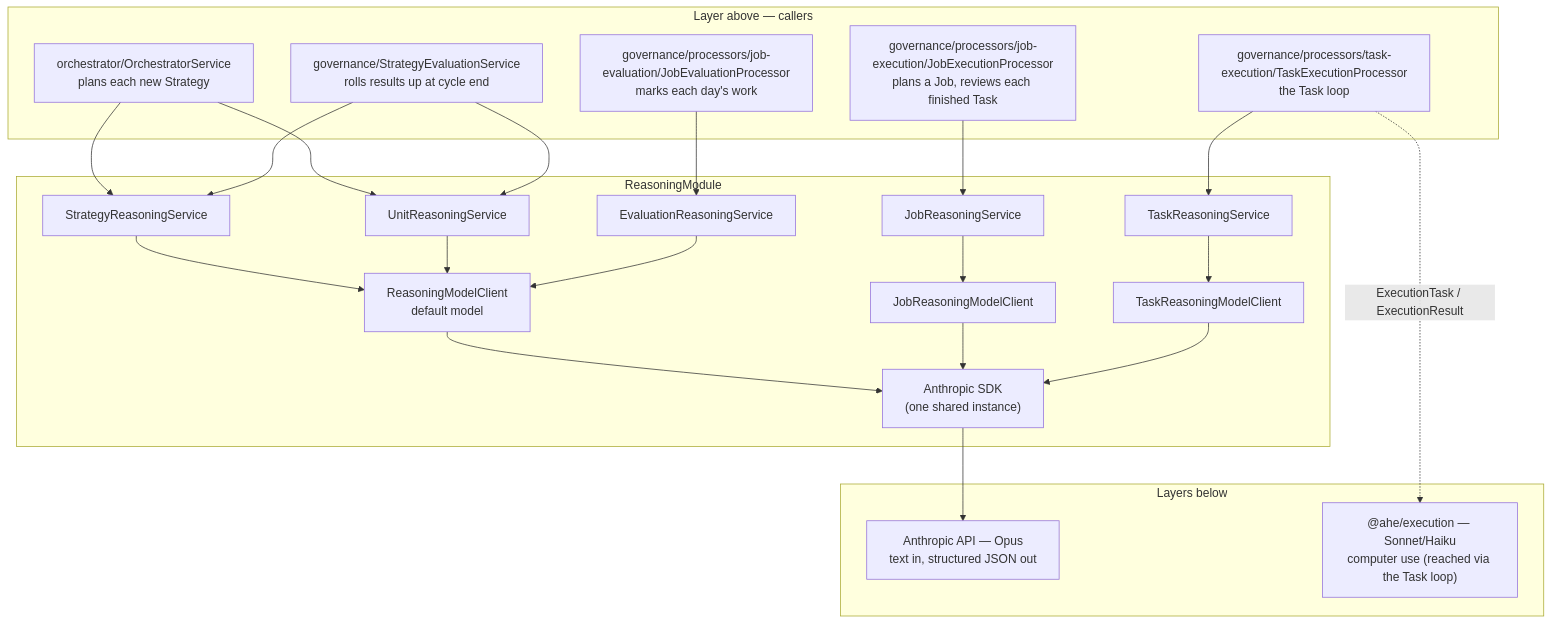
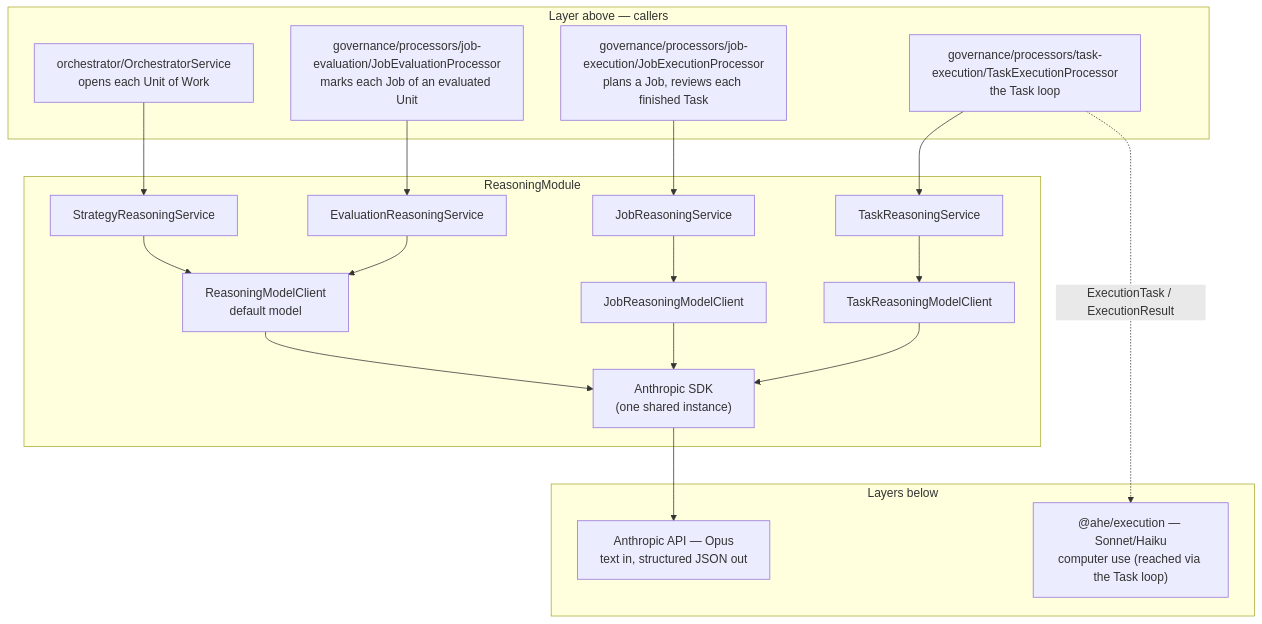
One commit to BaraaSoft/agentcores changed the first of 5 diagrams in packages/backend/src/reasoning/tech-spec.md. Above: the diagram before and after it, drawn with Mermaid. The commit also changed other lines of this file and 69 other files, not shown here.

First line of the commit message:
Enhance governance structure with new job and strategy types

````diff
--- a/packages/backend/src/reasoning/tech-spec.md
+++ b/packages/backend/src/reasoning/tech-spec.md
@@ -24,39 +26,36 @@
 ```mermaid
 flowchart TB
     subgraph Above["Layer above — callers"]
-        Orch["orchestrator/OrchestratorService<br/>plans each new Strategy"]
+        Orch["orchestrator/OrchestratorService<br/>opens each Unit of Work"]
         JobExec["governance/processors/job-execution/JobExecutionProcessor<br/>plans a Job, reviews each finished Task"]
-        Evaluation["governance/StrategyEvaluationService<br/>rolls results up at cycle end"]
-        JobEval["governance/processors/job-evaluation/JobEvaluationProcessor<br/>marks each day's work"]
+        JobEval["governance/processors/job-evaluation/JobEvaluationProcessor<br/>marks each Job of an evaluated Unit"]
         TaskExec["governance/processors/task-execution/TaskExecutionProcessor<br/>the Task loop"]
     end
 
     subgraph Reasoning["ReasoningModule"]
         S["StrategyReasoningService"]
-        U["UnitReasoningService"]
         J["JobReasoningService"]
         T["TaskReasoningService"]
         E["EvaluationReasoningService"]
         Client["ReasoningModelClient<br/>default model"]
         JClient["JobReasoningModelClient"]
         TClient["TaskReasoningModelClient"]
         SDK["Anthropic SDK<br/>(one shared instance)"]
-        S & U & E --> Client
+        S & E --> Client
         J --> JClient
         T --> TClient
         Client & JClient & TClient --> SDK
     end
 
     subgraph Below["Layers below"]
         Anthropic["Anthropic API — Opus<br/>text in, structured JSON out"]
         Execution["@ahe/execution — Sonnet/Haiku<br/>computer use (reached via the Task loop)"]
     end
 
-    Orch --> S & U
+    Orch --> S
     JobExec --> J
     JobEval --> E
-    Evaluation --> U & S
     TaskExec --> T
     SDK --> Anthropic
     TaskExec -. "ExecutionTask / ExecutionResult" .-> Execution
 ```
````
